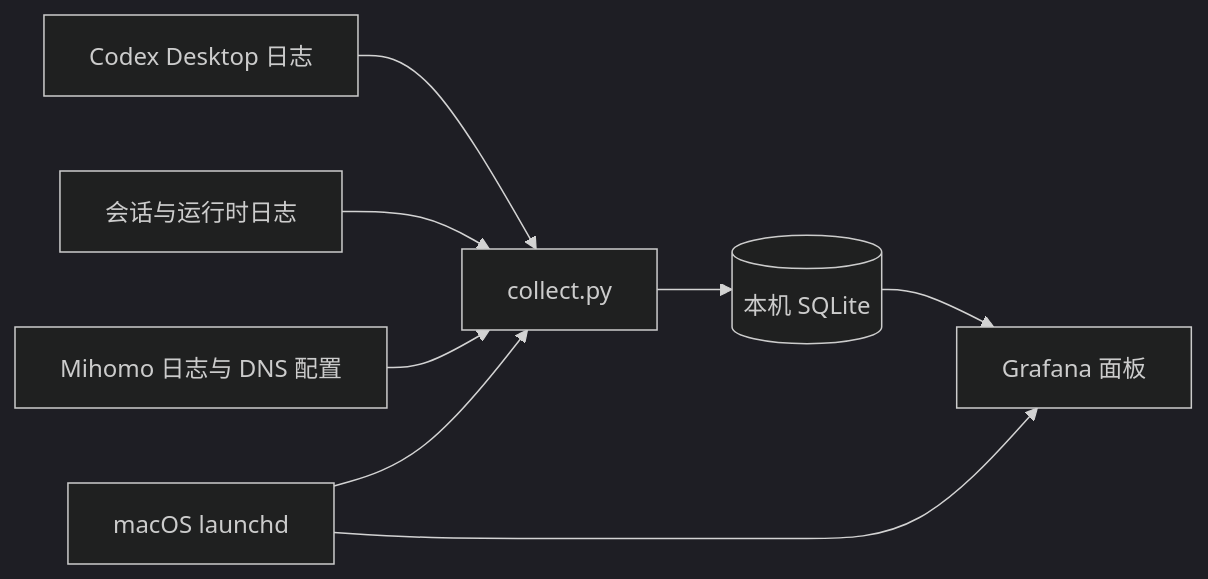
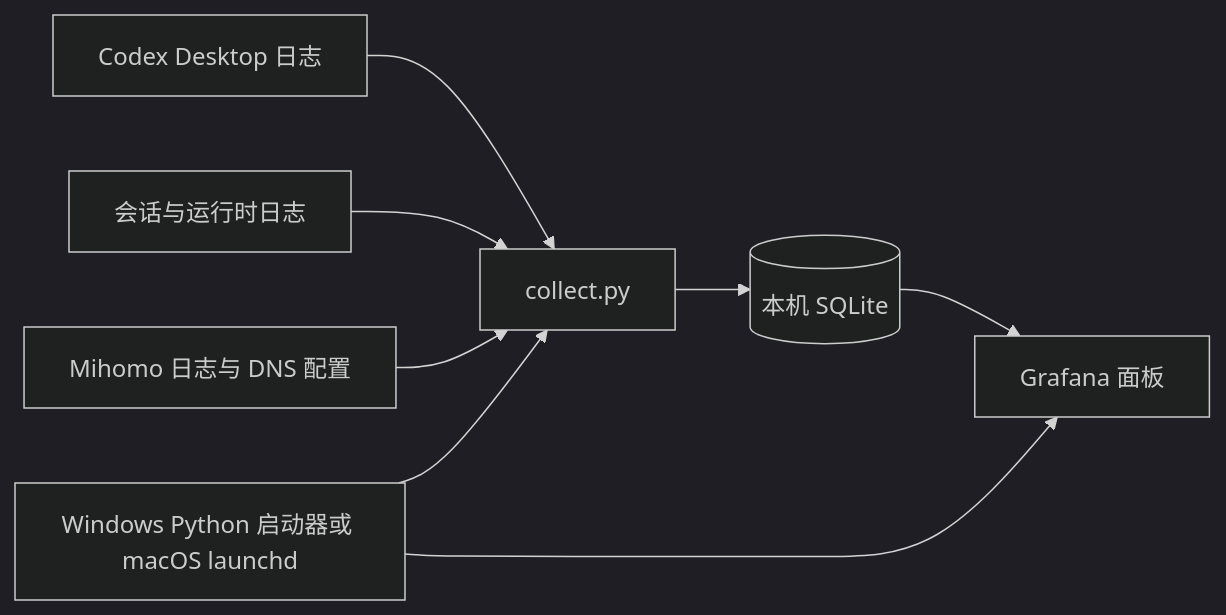
One commit to STFQ/codex-health-monitor changed the diagram in docs/architecture.md. Above: the diagram before and after it, drawn with Mermaid (dark theme). The commit also changed other lines of this file and 6 other files, not shown here.

````diff
--- a/docs/architecture.md
+++ b/docs/architecture.md
@@ -3,10 +3,10 @@
 ```mermaid
 flowchart LR
     Desktop[Codex Desktop 日志] --> Collector
     Session[会话与运行时日志] --> Collector
     Clash[Mihomo 日志与 DNS 配置] --> Collector
     Collector[collect.py] --> SQLite[(本机 SQLite)]
     SQLite --> Grafana[Grafana 面板]
-    Launchd[macOS launchd] --> Collector
-    Launchd --> Grafana
+    Launcher[Windows Python 启动器或 macOS launchd] --> Collector
+    Launcher --> Grafana
 ```
````
